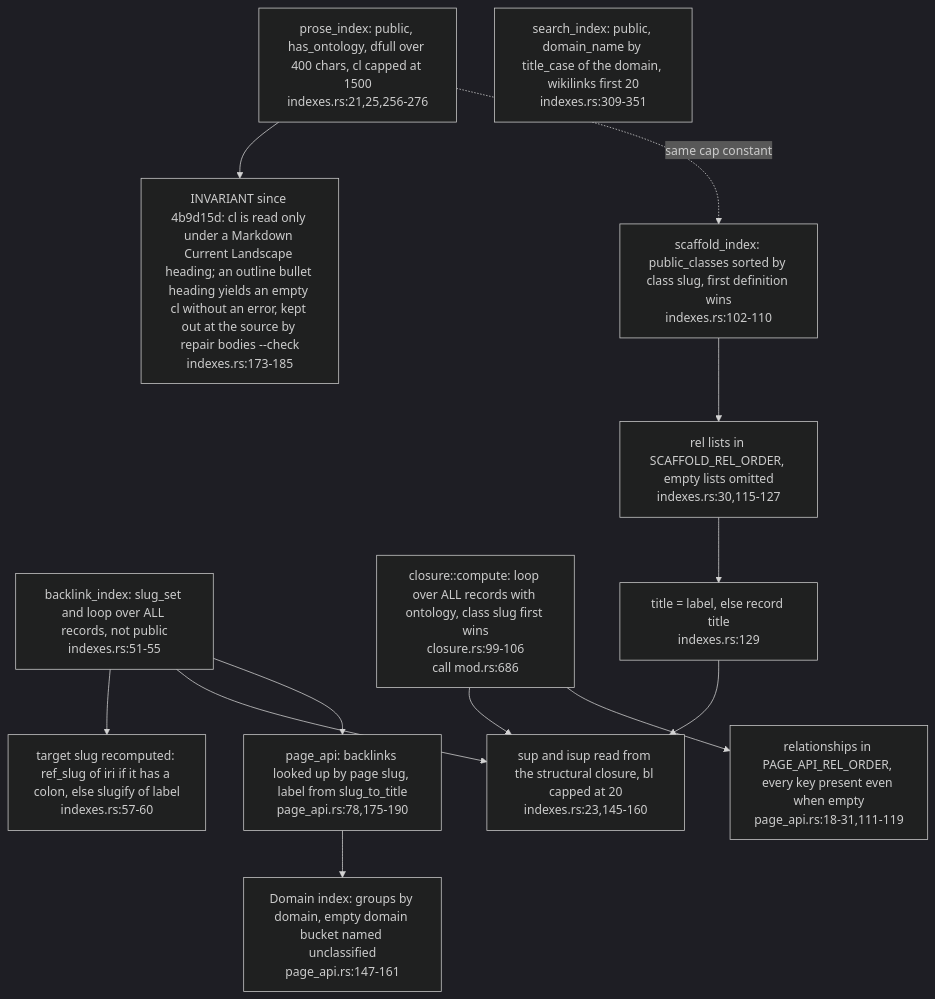
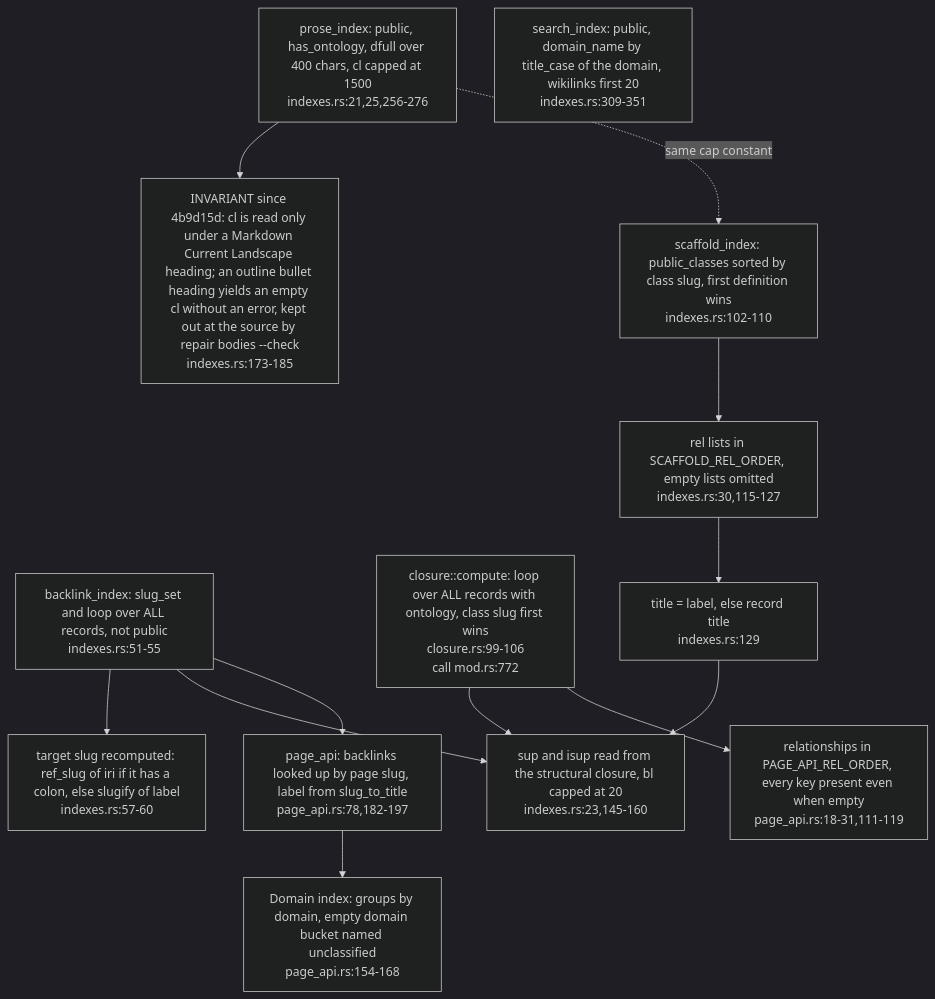
Before and after one commit to DreamLab-AI/VisionFlow: the fifth of 7 diagrams in docs/diagrams/ontomark/04-emitters-turtle-indexes-tiers-and-contract-c3.md, drawn with Mermaid (dark theme). The commit also changed other lines of this file and 59 other files, not shown here.

First line of the commit message:
docs(diagrams): re-derive and re-stamp forum, website, pod, ontomark and sealmap topics

````diff
--- a/docs/diagrams/ontomark/04-emitters-turtle-indexes-tiers-and-contract-c3.md
+++ b/docs/diagrams/ontomark/04-emitters-turtle-indexes-tiers-and-contract-c3.md
@@ -182,25 +182,25 @@
 ```mermaid
 flowchart TD
     BL["backlink_index: slug_set and loop over ALL records, not public<br/>indexes.rs:51-55"]
     BLSLUG["target slug recomputed: ref_slug of iri if it has a colon, else slugify of label<br/>indexes.rs:57-60"]
-    CLO["closure::compute: loop over ALL records with ontology, class slug first wins<br/>closure.rs:99-106<br/>call mod.rs:686"]
+    CLO["closure::compute: loop over ALL records with ontology, class slug first wins<br/>closure.rs:99-106<br/>call mod.rs:772"]
     SC["scaffold_index: public_classes sorted by class slug, first definition wins<br/>indexes.rs:102-110"]
     SCREL["rel lists in SCAFFOLD_REL_ORDER, empty lists omitted<br/>indexes.rs:30,115-127"]
     SCTITLE["title = label, else record title<br/>indexes.rs:129"]
     SCSUP["sup and isup read from the structural closure, bl capped at 20<br/>indexes.rs:23,145-160"]
     PR["prose_index: public, has_ontology, dfull over 400 chars, cl capped at 1500<br/>indexes.rs:21,25,256-276"]
     PRCL["INVARIANT since 4b9d15d: cl is read only under a Markdown Current Landscape heading; an outline bullet heading yields an empty cl without an error, kept out at the source by repair bodies --check<br/>indexes.rs:173-185"]
     PR --> PRCL
     SE["search_index: public, domain_name by title_case of the domain, wikilinks first 20<br/>indexes.rs:309-351"]
-    PGS["page_api: backlinks looked up by page slug, label from slug_to_title<br/>page_api.rs:78,175-190"]
-    PGD["Domain index: groups by domain, empty domain bucket named unclassified<br/>page_api.rs:147-161"]
+    PGS["page_api: backlinks looked up by page slug, label from slug_to_title<br/>page_api.rs:78,182-197"]
+    PGD["Domain index: groups by domain, empty domain bucket named unclassified<br/>page_api.rs:154-168"]
     PGREL["relationships in PAGE_API_REL_ORDER, every key present even when empty<br/>page_api.rs:18-31,111-119"]
     BL --> BLSLUG
     BL --> SCSUP
     BL --> PGS
     CLO --> SCSUP
     CLO --> PGREL
     SC --> SCREL --> SCTITLE --> SCSUP
     PR -. same cap constant .-> SC
     PGS --> PGD
 ```
````
